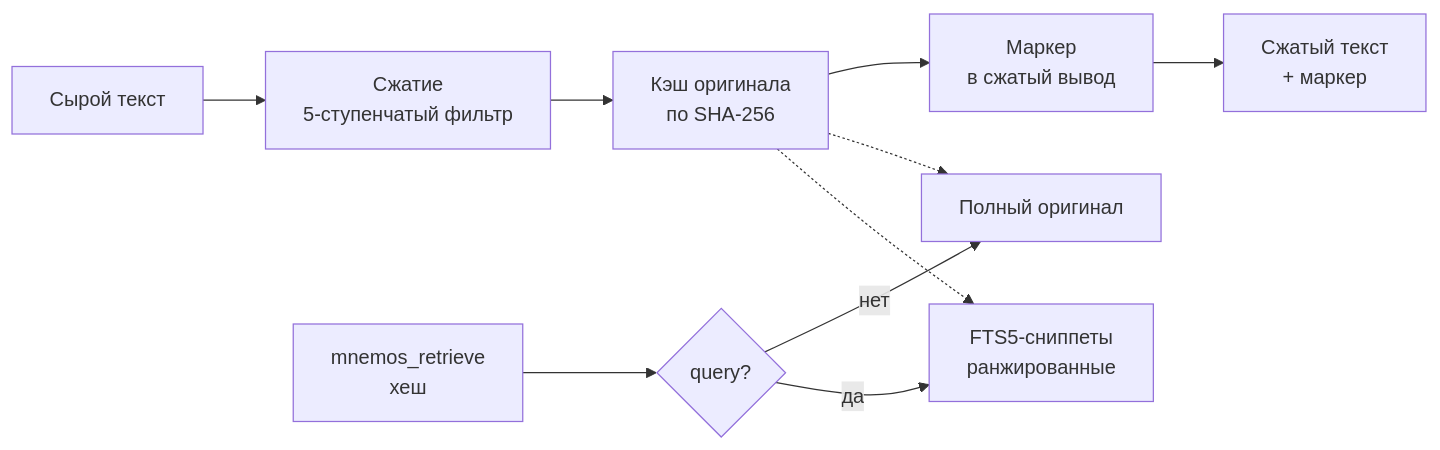
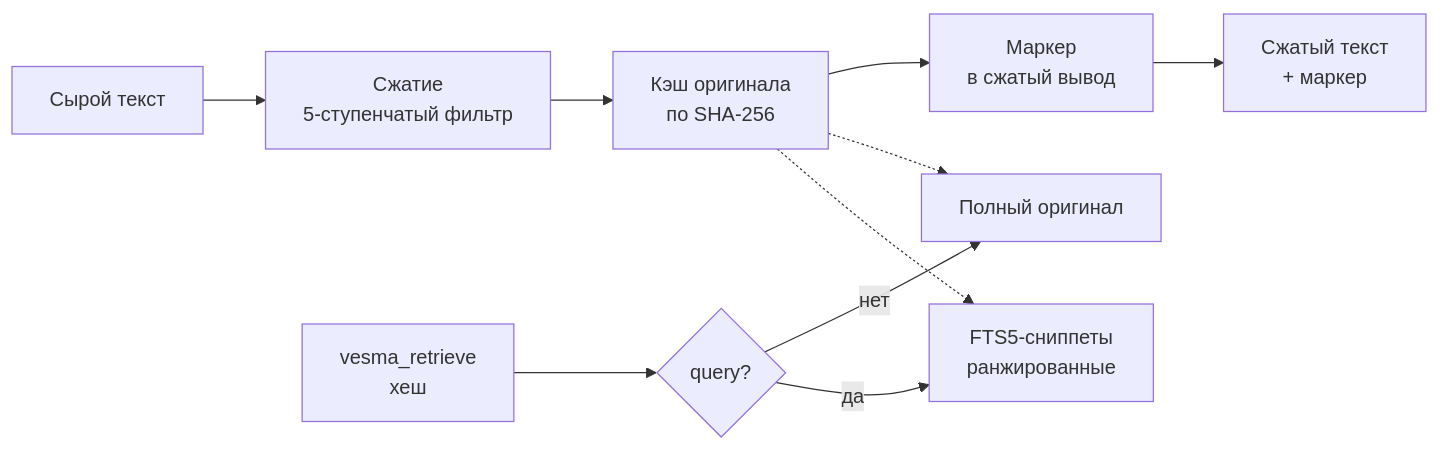
Before and after one commit to vesmaro/vesma: the first of 3 diagrams in docs/ru/architecture/overview.md, drawn with Mermaid. The commit also changed other lines of this file and 1 other file, not shown here.

Commit message:
docs(architecture): service layer + 5.6.x actualization (overview RU+EN, partial — lane D)

````diff
--- a/docs/ru/architecture/overview.md
+++ b/docs/ru/architecture/overview.md
@@ -109,12 +123,12 @@
 ```mermaid
 flowchart LR
     A[Сырой текст] --> B[Сжатие\n5-ступенчатый фильтр]
     B --> C[Кэш оригинала\nпо SHA-256]
     C --> D[Маркер\nв сжатый вывод]
     D --> E[Сжатый текст\n+ маркер]
-    F[mnemos_retrieve\nхеш] --> G{query?}
+    F[vesma_retrieve\nхеш] --> G{query?}
     G -->|нет| H[Полный оригинал]
     G -->|да| I[FTS5-сниппеты\nранжированные]
     C -.-> H
     C -.-> I
 ```
````
